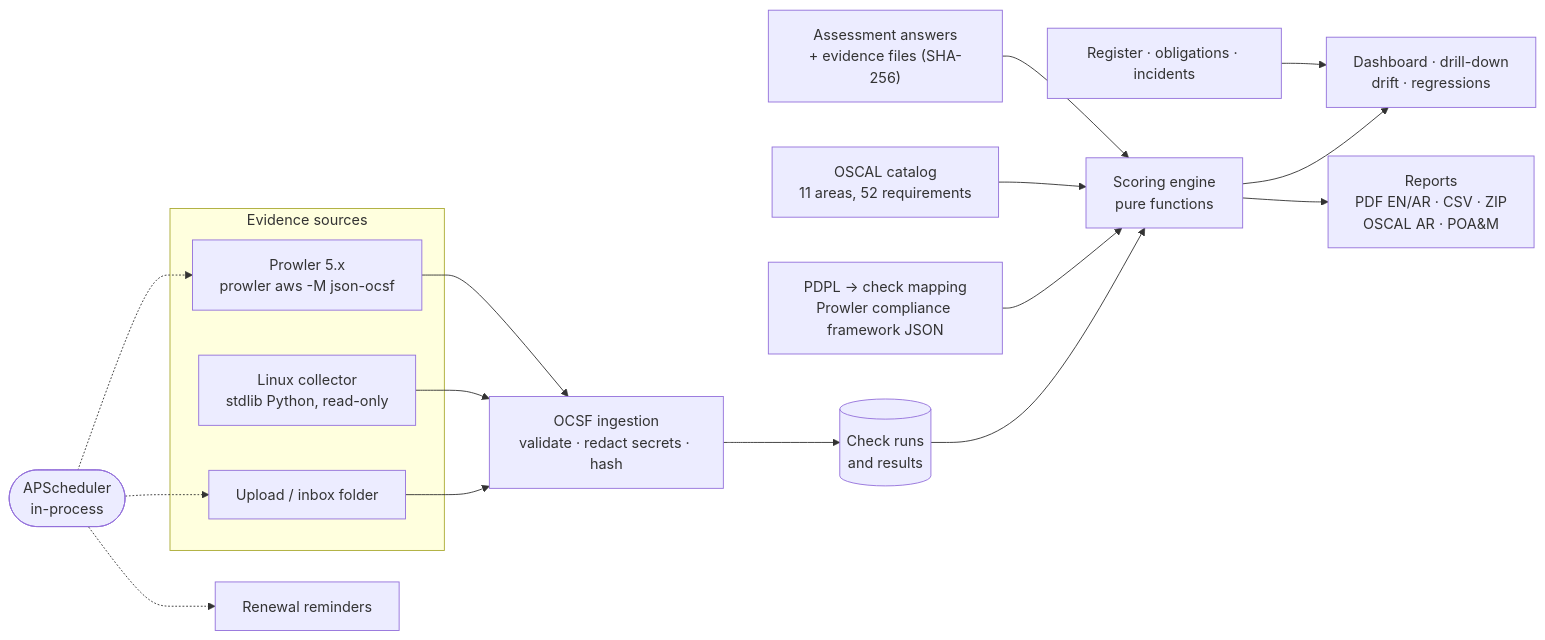
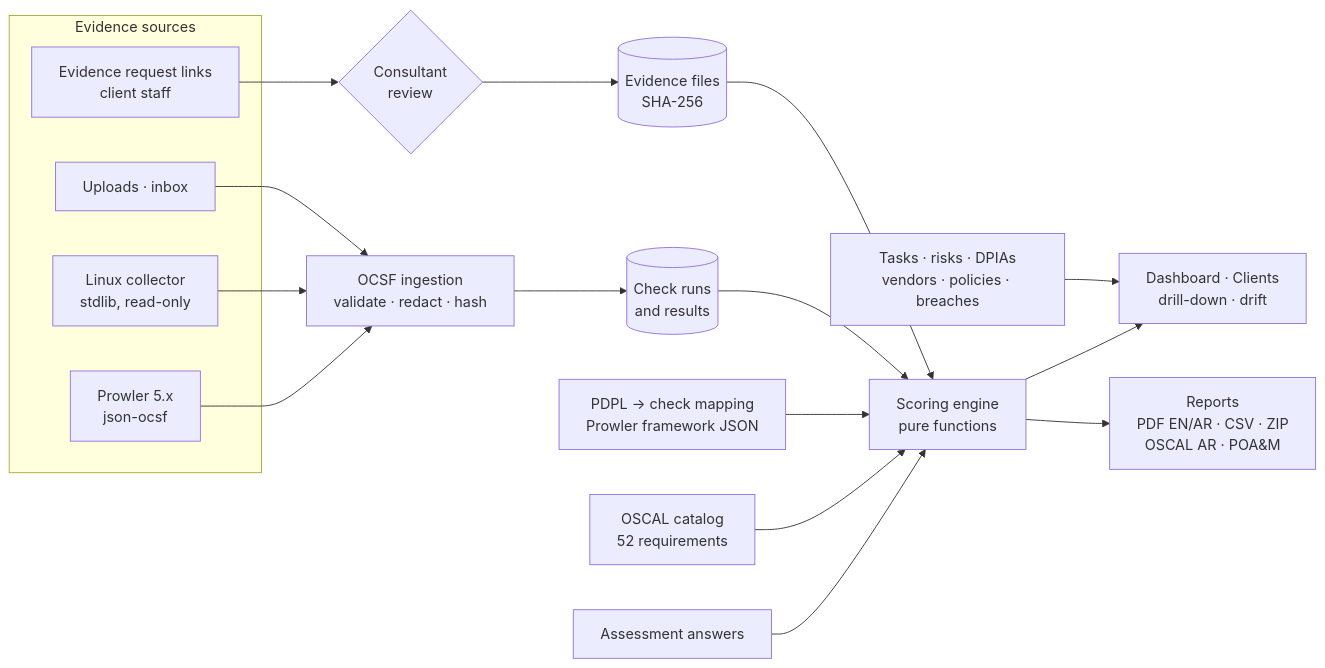
One commit to lumidren/Sijill- changed the diagram in README.md. Above: the diagram before and after it, drawn with Mermaid. The commit also changed other lines of this file, not shown here.

Commit message:
Rewrite the README around the graphics: features grid, tour, scoring, collapsible deep dives

````diff
--- a/README.md
+++ b/README.md
@@ -91,26 +254,22 @@
 ```mermaid
 flowchart LR
-  subgraph Evidence sources
-    P["Prowler 5.x<br/>prowler aws -M json-ocsf"]
-    L["Linux collector<br/>stdlib Python, read-only"]
-    U["Upload / inbox folder"]
+  subgraph Sources["Evidence sources"]
+    P["Prowler 5.x<br/>json-ocsf"]
+    L["Linux collector<br/>stdlib, read-only"]
+    E["Evidence request links<br/>client staff"]
+    U["Uploads · inbox"]
   end
-  Q["Assessment answers<br/>+ evidence files (SHA-256)"]
-  C["OSCAL catalog<br/>11 areas, 52 requirements"]
-  M["PDPL → check mapping<br/>Prowler compliance framework JSON"]
-  R2["Register · obligations · incidents"]
   P --> I
   L --> I
   U --> I
-  I["OCSF ingestion<br/>validate · redact secrets · hash"] --> R[("Check runs<br/>and results")]
+  I["OCSF ingestion<br/>validate · redact · hash"] --> R[("Check runs<br/>and results")]
+  E --> V{"Consultant<br/>review"} --> F[("Evidence files<br/>SHA-256")]
+  Q["Assessment answers"] --> S
+  C["OSCAL catalog<br/>52 requirements"] --> S
+  M["PDPL → check mapping<br/>Prowler framework JSON"] --> S
   R --> S["Scoring engine<br/>pure functions"]
-  Q --> S
-  C --> S
-  M --> S
-  S --> D["Dashboard · drill-down<br/>drift · regressions"]
-  R2 --> D
+  F --> S
+  S --> D["Dashboard · Clients<br/>drill-down · drift"]
+  G["Tasks · risks · DPIAs<br/>vendors · policies · breaches"] --> D
   S --> X["Reports<br/>PDF EN/AR · CSV · ZIP<br/>OSCAL AR · POA&M"]
-  APS(["APScheduler<br/>in-process"]) -.-> P
-  APS -.-> U
-  APS -.-> RM["Renewal reminders"]
 ```
````
